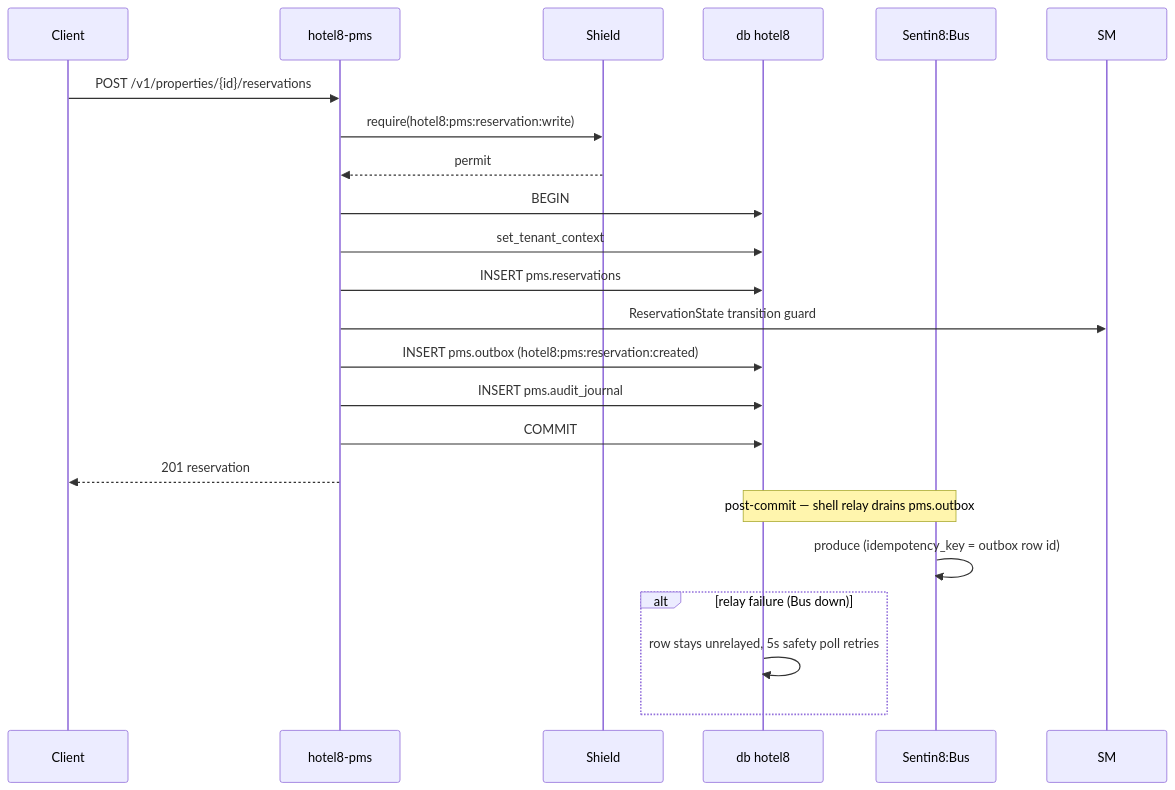
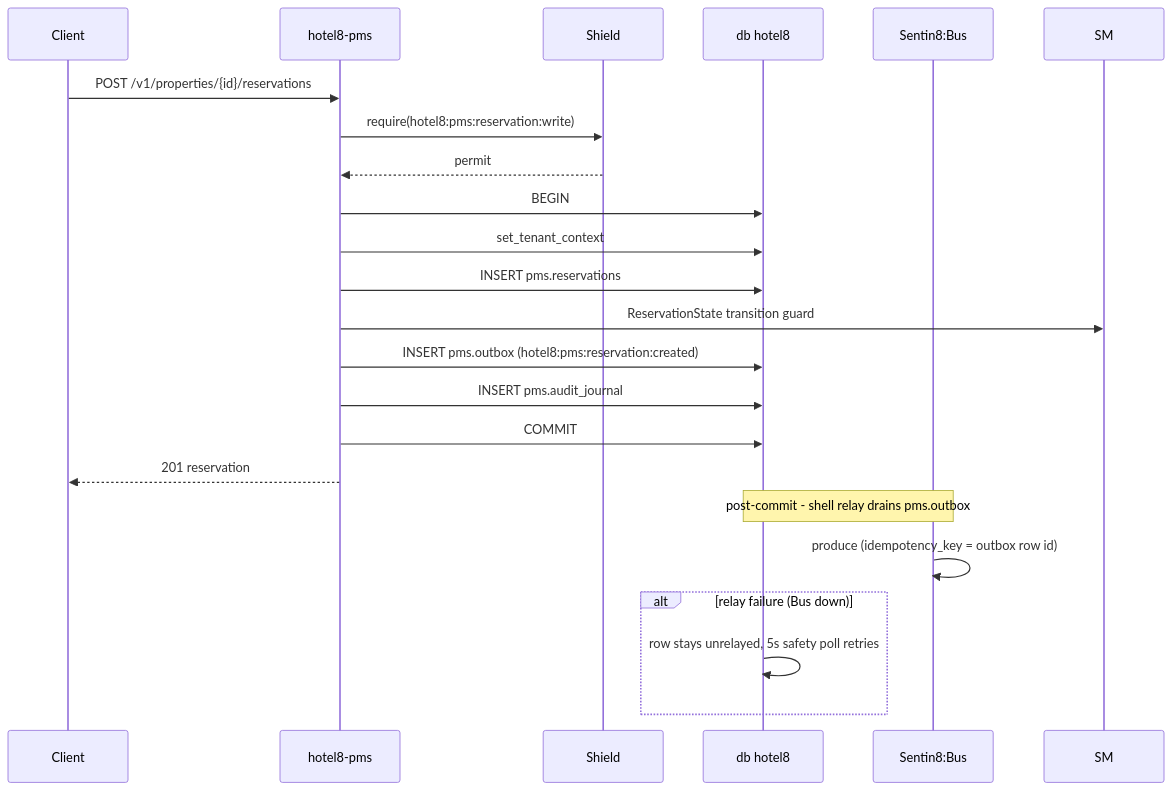
One commit to Hotel8/hotel8-pms changed the fifth of 15 diagrams in DESIGN.md. Above: the diagram before and after it, drawn with Mermaid. The commit also changed other lines of this file and 40 other files, not shown here.

````diff
--- a/DESIGN.md
+++ b/DESIGN.md
@@ -132,24 +132,24 @@
 ```mermaid
 sequenceDiagram
     participant C as Client
     participant P as hotel8-pms
     participant S as Shield
     participant DB as db hotel8
     participant BUS as Sentin8:Bus
     C->>P: POST /v1/properties/{id}/reservations
     P->>S: require(hotel8:pms:reservation:write)
     S-->>P: permit
     P->>DB: BEGIN
     P->>DB: set_tenant_context
     P->>DB: INSERT pms.reservations
     P->>SM: ReservationState transition guard
     P->>DB: INSERT pms.outbox (hotel8:pms:reservation:created)
     P->>DB: INSERT pms.audit_journal
     P->>DB: COMMIT
     P-->>C: 201 reservation
-    Note over DB,BUS: post-commit — shell relay drains pms.outbox
+    Note over DB,BUS: post-commit - shell relay drains pms.outbox
     BUS->>BUS: produce (idempotency_key = outbox row id)
     alt relay failure (Bus down)
         DB->>DB: row stays unrelayed, 5s safety poll retries
     end
 ```
````
